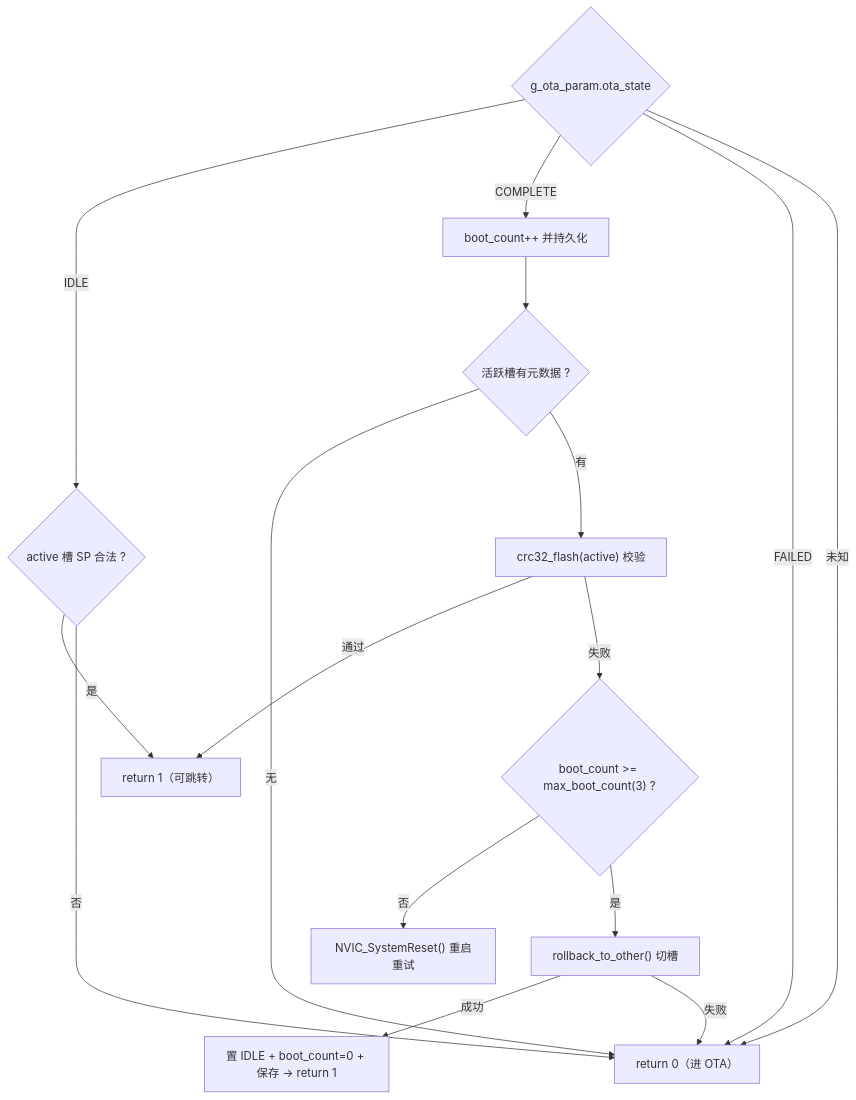
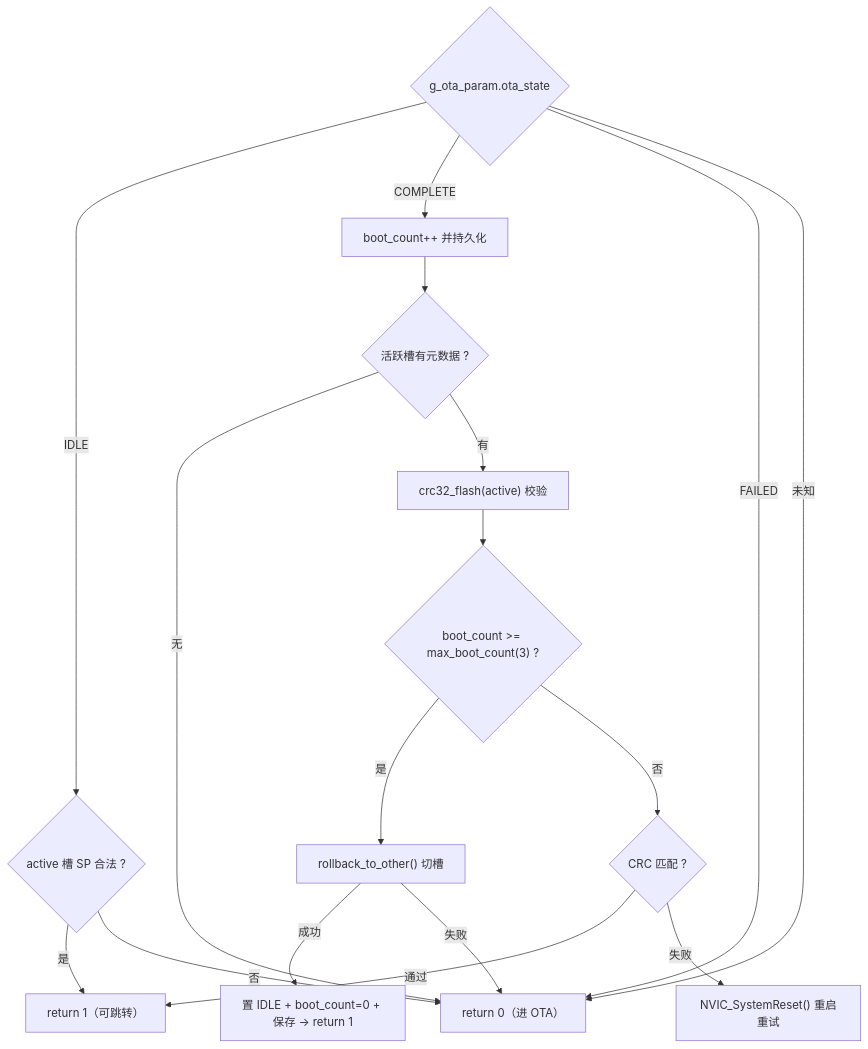
Before and after one commit to czhxy/Car_Panel: the second of 3 diagrams in project/display_ecu_f429/docs/boot_flow.md, drawn with Mermaid. The commit also changed other lines of this file and 1 other file, not shown here.

Commit message:
修复 boot_decision 回滚闭环：超限判断前移，先于 CRC 校验
原实现超限检查挂在 CRC 失败分支之后，CRC 通过时直接返回 1，
导致"新固件 CRC 正确但启动即崩溃"场景下 boot_count 无限递增
却永不触发回滚。现将 boot_count 超限判断前移到 CRC 校验之前，
超限直接 rollback_to_other() 切槽回滚；同步更新 boot_flow.md
流程图与关键设计点说明。

````diff
--- a/project/display_ecu_f429/docs/boot_flow.md
+++ b/project/display_ecu_f429/docs/boot_flow.md
@@ -66,21 +66,22 @@
 ```mermaid
 flowchart TD
     S{"g_ota_param.ota_state"}
     S -- IDLE --> I1{"active 槽 SP 合法 ?"}
     I1 -- 是 --> R1["return 1（可跳转）"]
     I1 -- 否 --> R2["return 0（进 OTA）"]
 
     S -- COMPLETE --> C1["boot_count++ 并持久化"]
     C1 --> C2{"活跃槽有元数据 ?"}
     C2 -- 无 --> R2
     C2 -- 有 --> C3["crc32_flash(active) 校验"]
-    C3 -- 通过 --> R1
-    C3 -- 失败 --> C4{"boot_count >= max_boot_count(3) ?"}
-    C4 -- 否 --> C5["NVIC_SystemReset() 重启重试"]
+    C3 --> C4{"boot_count >= max_boot_count(3) ?"}
     C4 -- 是 --> C6["rollback_to_other() 切槽"]
     C6 -- 成功 --> C7["置 IDLE + boot_count=0 + 保存 → return 1"]
     C6 -- 失败 --> R2
+    C4 -- 否 --> C5{"CRC 匹配 ?"}
+    C5 -- 通过 --> R1
+    C5 -- 失败 --> C8["NVIC_SystemReset() 重启重试"]
 
     S -- FAILED --> R2
     S -- 未知 --> R2
 ```
````
